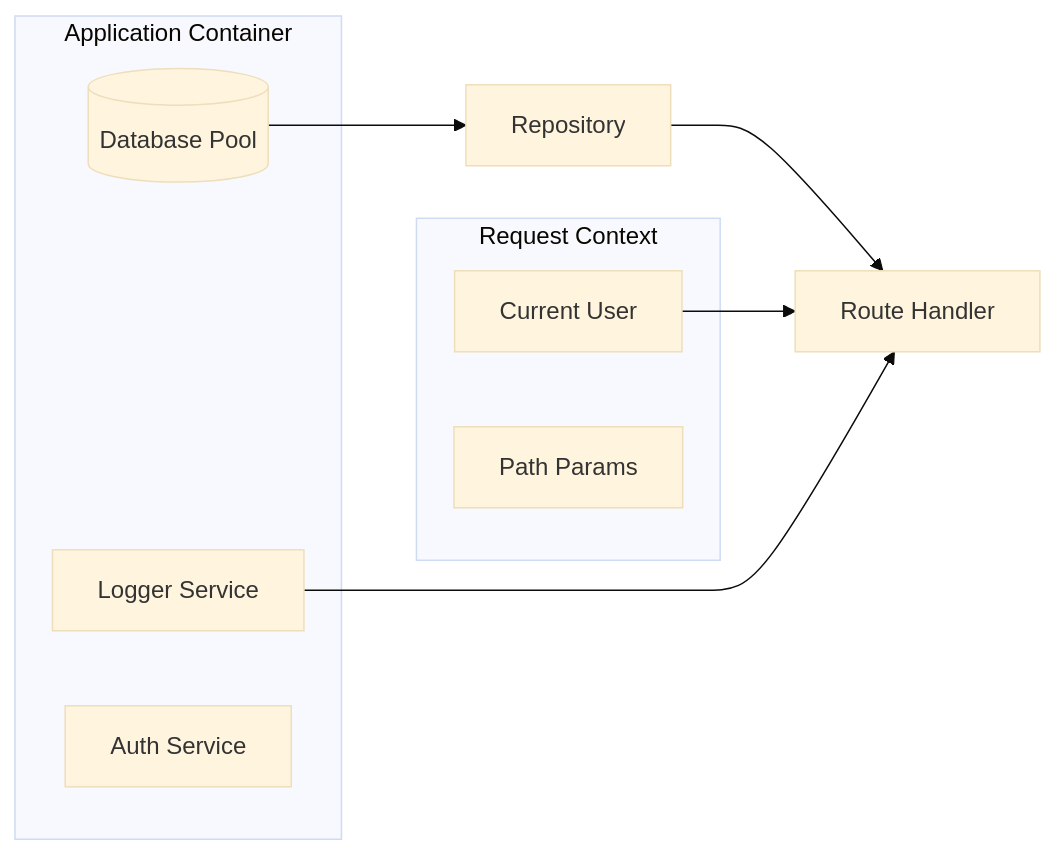
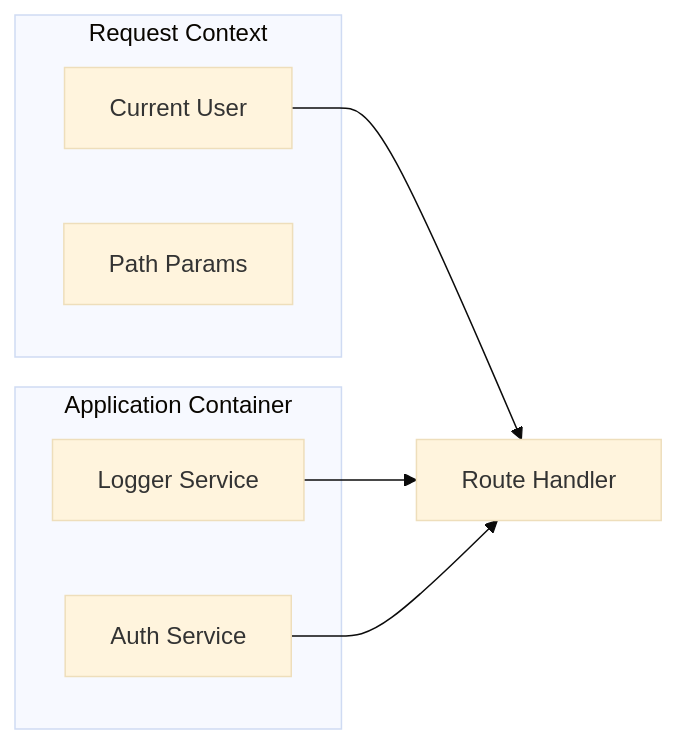
Before and after one commit to Creed-Petitt/blaze: the second of 2 diagrams in docs/architecture.md, drawn with Mermaid (base theme). The commit also changed other lines of this file and 25 other files, not shown here.

````diff
--- a/docs/architecture.md
+++ b/docs/architecture.md
@@ -40,18 +40,16 @@
 ```mermaid
 graph LR
     subgraph AppContainer [Application Container]
-        DB[(Database Pool)]
         Logger[Logger Service]
         Auth[Auth Service]
     end
 
     subgraph ReqContext [Request Context]
         User[Current User]
         Params[Path Params]
     end
 
-    DB --> Repo[Repository]
-    Repo --> Handler[Route Handler]
+    Auth --> Handler[Route Handler]
     User --> Handler
     Logger --> Handler
 ```
````
